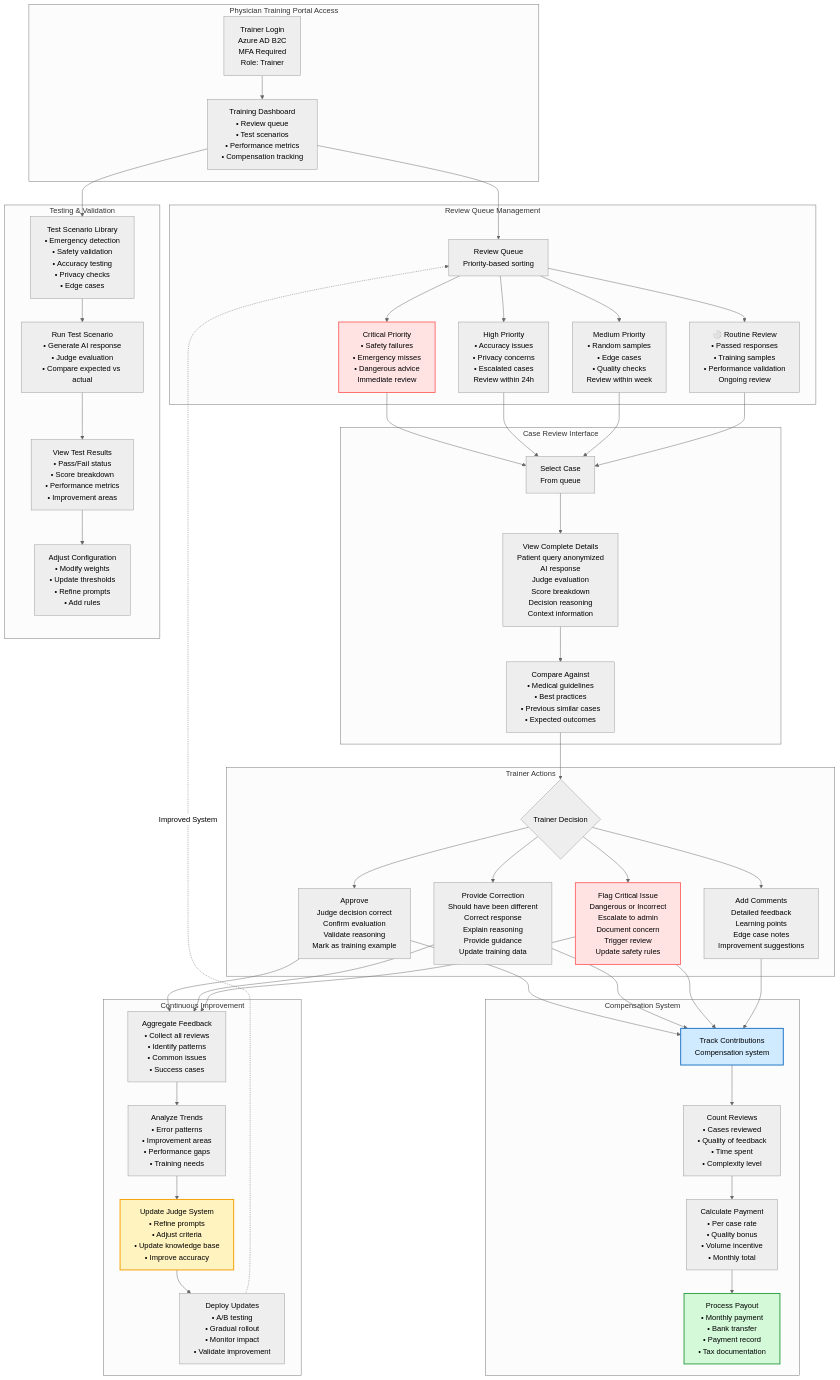
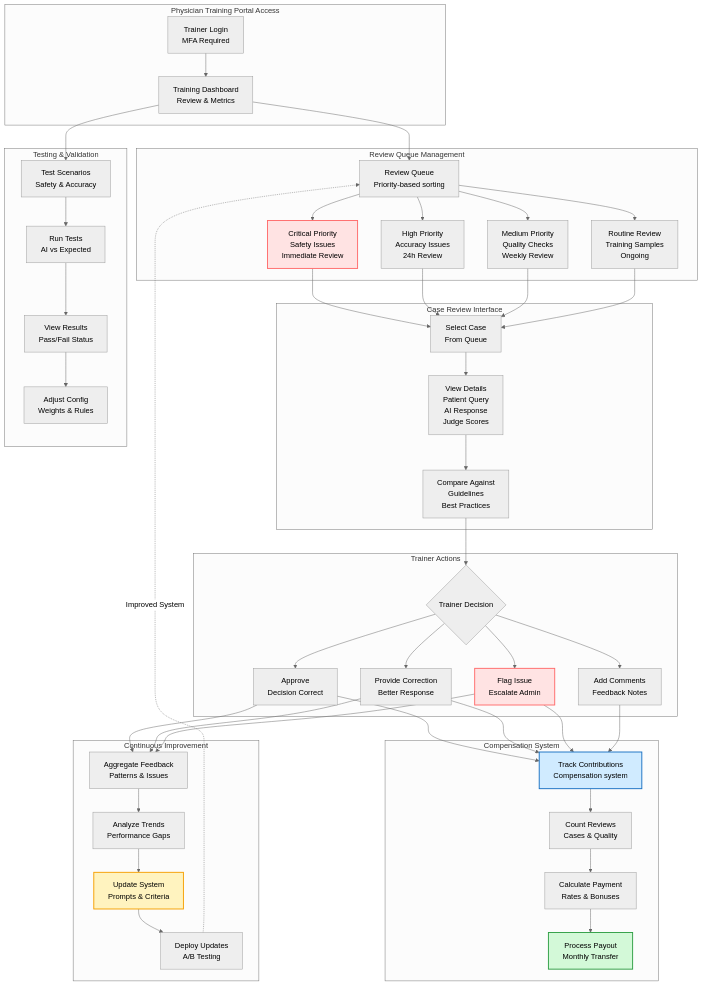
Before and after one commit to gauravpandeydigilantern/ZIA: the fourth of 16 diagrams in README.md, drawn with Mermaid (neutral theme). The commit also changed other lines of this file, not shown here.

````diff
--- a/README.md
+++ b/README.md
@@ -444,71 +430,71 @@
 ```mermaid
 graph TB
     subgraph TrainerAccess["Physician Training Portal Access"]
-        LOGIN[Trainer Login<br/>Azure AD B2C<br/>MFA Required<br/>Role: Trainer]
+        LOGIN[Trainer Login<br/>MFA Required]
         
-        DASH[Training Dashboard<br/>• Review queue<br/>• Test scenarios<br/>• Performance metrics<br/>• Compensation tracking]
+        DASH[Training Dashboard<br/>Review & Metrics]
     end
     
     subgraph ReviewQueue["Review Queue Management"]
         QUEUE[Review Queue<br/>Priority-based sorting]
         
-        CRITICAL[Critical Priority<br/>• Safety failures<br/>• Emergency misses<br/>• Dangerous advice<br/>Immediate review]
+        CRITICAL[Critical Priority<br/>Safety Issues<br/>Immediate Review]
         
-        HIGH[High Priority<br/>• Accuracy issues<br/>• Privacy concerns<br/>• Escalated cases<br/>Review within 24h]
+        HIGH[High Priority<br/>Accuracy Issues<br/>24h Review]
         
-        MEDIUM[Medium Priority<br/>• Random samples<br/>• Edge cases<br/>• Quality checks<br/>Review within week]
+        MEDIUM[Medium Priority<br/>Quality Checks<br/>Weekly Review]
         
-        ROUTINE[⚪ Routine Review<br/>• Passed responses<br/>• Training samples<br/>• Performance validation<br/>Ongoing review]
+        ROUTINE[Routine Review<br/>Training Samples<br/>Ongoing]
     end
     
     subgraph CaseReview["Case Review Interface"]
-        SELECT[Select Case<br/>From queue]
+        SELECT[Select Case<br/>From Queue]
         
-        DETAILS[View Complete Details<br/>Patient query anonymized<br/>AI response<br/>Judge evaluation<br/>Score breakdown<br/>Decision reasoning<br/>Context information]
+        DETAILS[View Details<br/>Patient Query<br/>AI Response<br/>Judge Scores]
         
-        COMPARE[Compare Against<br/>• Medical guidelines<br/>• Best practices<br/>• Previous similar cases<br/>• Expected outcomes]
+        COMPARE[Compare Against<br/>Guidelines<br/>Best Practices]
     end
     
     subgraph TrainerActions["Trainer Actions"]
         ACTION{Trainer Decision}
         
-        APPROVE[Approve<br/>Judge decision correct<br/>Confirm evaluation<br/>Validate reasoning<br/>Mark as training example]
+        APPROVE[Approve<br/>Decision Correct]
         
-        CORRECT[Provide Correction<br/>Should have been different<br/>Correct response<br/>Explain reasoning<br/>Provide guidance<br/>Update training data]
+        CORRECT[Provide Correction<br/>Better Response]
         
-        FLAG[Flag Critical Issue<br/>Dangerous or Incorrect<br/>Escalate to admin<br/>Document concern<br/>Trigger review<br/>Update safety rules]
+        FLAG[Flag Issue<br/>Escalate Admin]
         
-        COMMENT[Add Comments<br/>Detailed feedback<br/>Learning points<br/>Edge case notes<br/>Improvement suggestions]
+        COMMENT[Add Comments<br/>Feedback Notes]
     end
     
     subgraph Compensation["Compensation System"]
         TRACK[Track Contributions<br/>Compensation system]
         
-        COUNT[Count Reviews<br/>• Cases reviewed<br/>• Quality of feedback<br/>• Time spent<br/>• Complexity level]
+        COUNT[Count Reviews<br/>Cases & Quality]
         
-        CALCULATE[Calculate Payment<br/>• Per case rate<br/>• Quality bonus<br/>• Volume incentive<br/>• Monthly total]
+        CALCULATE[Calculate Payment<br/>Rates & Bonuses]
         
-        PAYOUT[Process Payout<br/>• Monthly payment<br/>• Bank transfer<br/>• Payment record<br/>• Tax documentation]
+        PAYOUT[Process Payout<br/>Monthly Transfer]
     end
     
     subgraph TestingScenarios["Testing & Validation"]
-        SCENARIOS[Test Scenario Library<br/>• Emergency detection<br/>• Safety validation<br/>• Accuracy testing<br/>• Privacy checks<br/>• Edge cases]
+        SCENARIOS[Test Scenarios<br/>Safety & Accuracy]
         
-        RUNTEST[Run Test Scenario<br/>• Generate AI response<br/>• Judge evaluation<br/>• Compare expected vs actual]
+        RUNTEST[Run Tests<br/>AI vs Expected]
         
-        RESULTS[View Test Results<br/>• Pass/Fail status<br/>• Score breakdown<br/>• Performance metrics<br/>• Improvement areas]
+        RESULTS[View Results<br/>Pass/Fail Status]
         
-        ADJUST[Adjust Configuration<br/>• Modify weights<br/>• Update thresholds<br/>• Refine prompts<br/>• Add rules]
+        ADJUST[Adjust Config<br/>Weights & Rules]
     end
     
     subgraph ImprovementLoop["Continuous Improvement"]
-        AGGREGATE[Aggregate Feedback<br/>• Collect all reviews<br/>• Identify patterns<br/>• Common issues<br/>• Success cases]
+        AGGREGATE[Aggregate Feedback<br/>Patterns & Issues]
         
-        ANALYZE[Analyze Trends<br/>• Error patterns<br/>• Improvement areas<br/>• Performance gaps<br/>• Training needs]
+        ANALYZE[Analyze Trends<br/>Performance Gaps]
         
-        UPDATE[Update Judge System<br/>• Refine prompts<br/>• Adjust criteria<br/>• Update knowledge base<br/>• Improve accuracy]
+        UPDATE[Update System<br/>Prompts & Criteria]
         
-        DEPLOY[Deploy Updates<br/>• A/B testing<br/>• Gradual rollout<br/>• Monitor impact<br/>• Validate improvement]
+        DEPLOY[Deploy Updates<br/>A/B Testing]
     end
     
     LOGIN --> DASH
````
